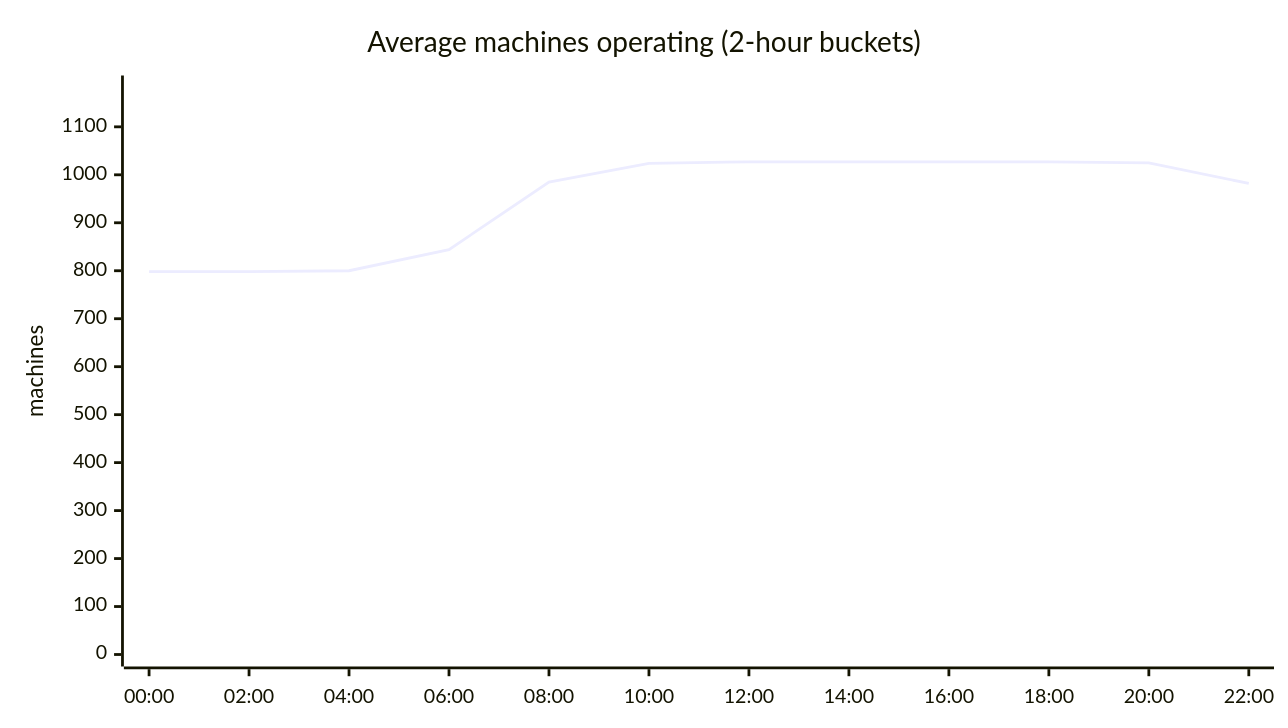
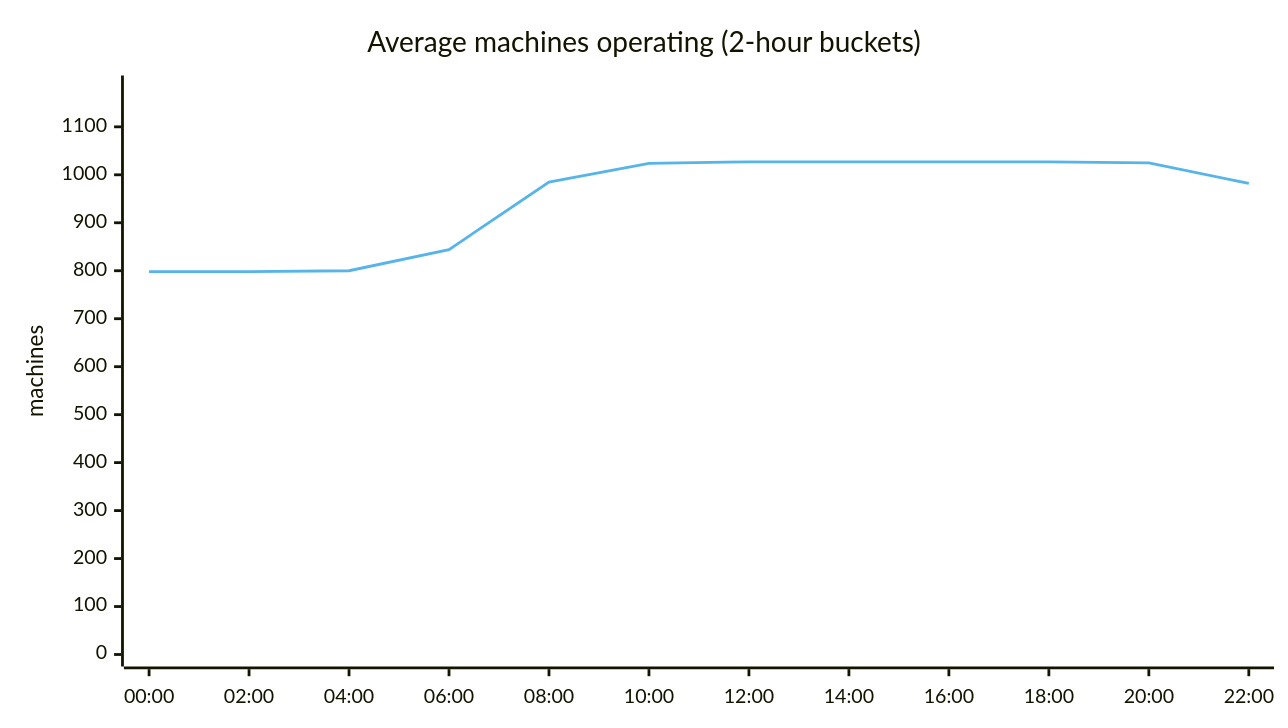
Before and after one commit to cheeaun/returnright-data: the third of 7 diagrams in ANALYSIS.md, drawn with Mermaid. The commit also changed other lines of this file and 1 other file, not shown here.

Commit message:
Use Okabe-Ito colorblind-safe palette for mermaid charts

````diff
--- a/ANALYSIS.md
+++ b/ANALYSIS.md
@@ -68,12 +86,15 @@
 ```mermaid
 ---
 config:
+  themeVariables:
+    xyChart:
+      plotColorPalette: "#56B4E9"
   xyChart:
     width: 900
 ---
 xychart-beta
     title "Average machines operating (2-hour buckets)"
     x-axis ["00:00", "02:00", "04:00", "06:00", "08:00", "10:00", "12:00", "14:00", "16:00", "18:00", "20:00", "22:00"]
     y-axis "machines" 0 --> 1182
     line [798, 798, 800, 844, 985, 1024, 1027, 1027, 1027, 1027, 1025, 982]
 ```
````
